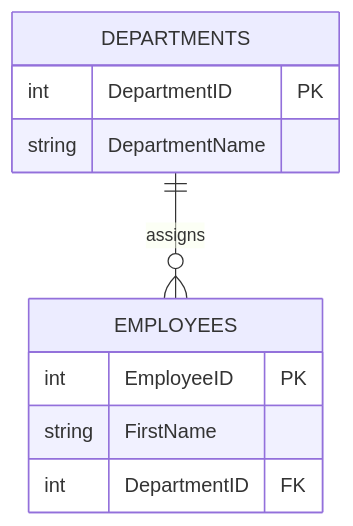
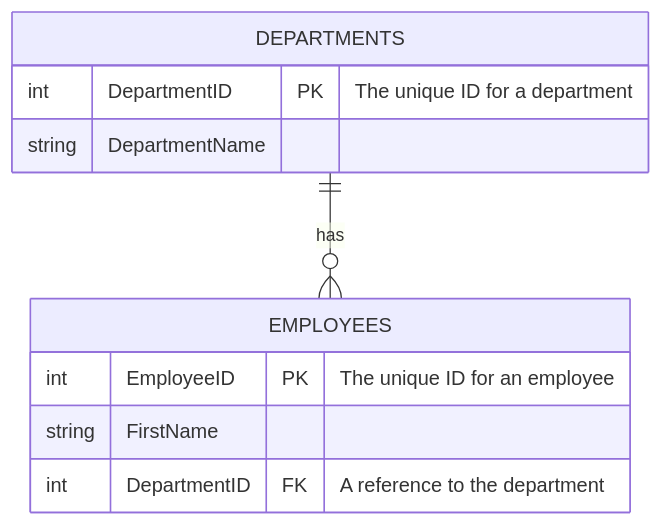
One commit to ehsan18t/interdocs changed the diagram in docs/dbms/ch2-relational-design.md. Above: the diagram before and after it, drawn with Mermaid. The commit also changed other lines of this file and 3 other files, not shown here.

`````diff
--- a/docs/dbms/ch2-relational-design.md
+++ b/docs/dbms/ch2-relational-design.md
@@ -98,13 +87,13 @@
 ```mermaid
 erDiagram
-    DEPARTMENTS ||--o{ EMPLOYEES : "assigns"
+    DEPARTMENTS ||--o{ EMPLOYEES : "has"
     DEPARTMENTS {
-        int DepartmentID PK
+        int DepartmentID PK "The unique ID for a department"
         string DepartmentName
     }
     EMPLOYEES {
-        int EmployeeID PK
+        int EmployeeID PK "The unique ID for an employee"
         string FirstName
-        int DepartmentID FK
+        int DepartmentID FK "A reference to the department"
     }
-```
+````
`````
